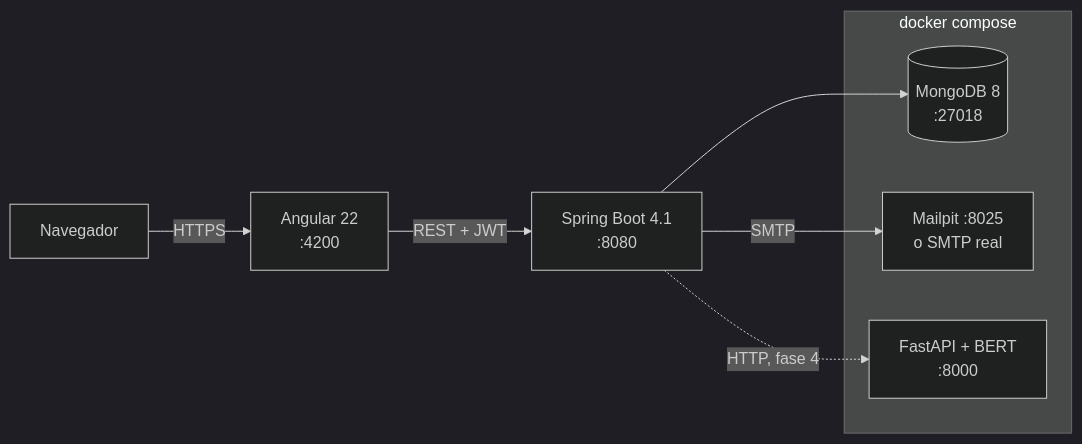
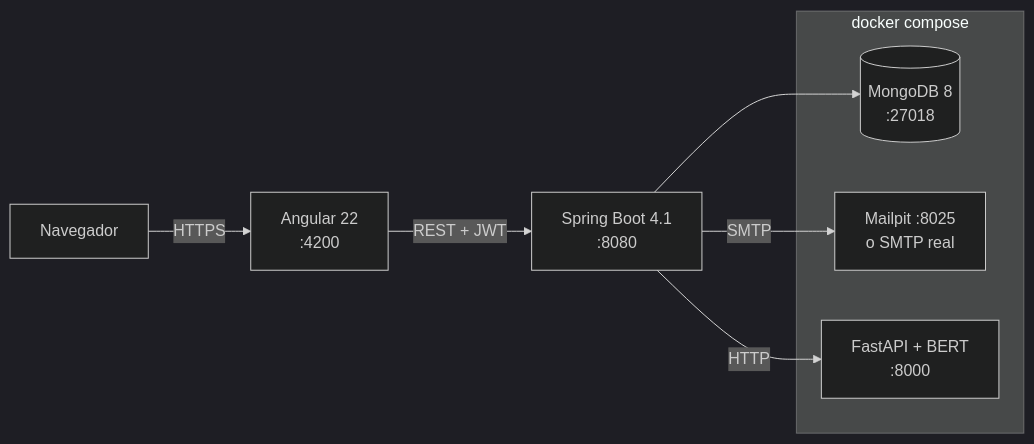
One commit to nikonikoni123/-ecommerce changed the eighth of 8 diagrams in doc.md. Above: the diagram before and after it, drawn with Mermaid (dark theme). The commit also changed other lines of this file and 46 other files, not shown here.

````diff
--- a/doc.md
+++ b/doc.md
@@ -554,14 +593,14 @@
 ```mermaid
 flowchart LR
     NAV["Navegador"] -->|HTTPS| NG["Angular 22<br/>:4200"]
     NG -->|REST + JWT| API["Spring Boot 4.1<br/>:8080"]
     API --> MDB[("MongoDB 8<br/>:27018")]
     API -->|SMTP| MP["Mailpit :8025<br/>o SMTP real"]
-    API -.->|HTTP, fase 4| NLP["FastAPI + BERT<br/>:8000"]
+    API -->|HTTP| NLP["FastAPI + BERT<br/>:8000"]
 
     subgraph "docker compose"
         MDB
         MP
         NLP
     end
 ```
````
